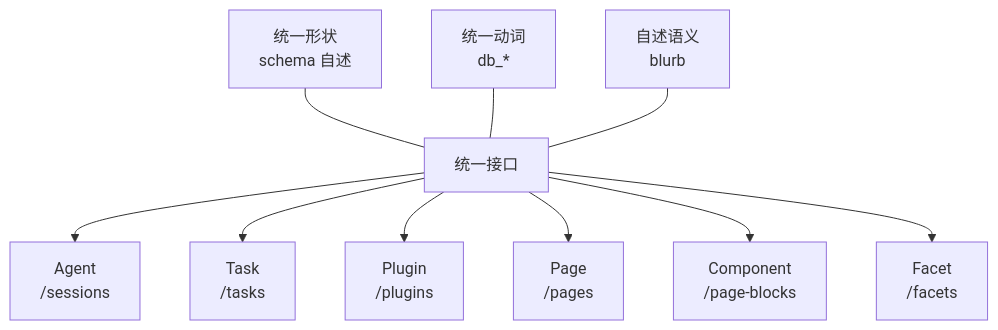
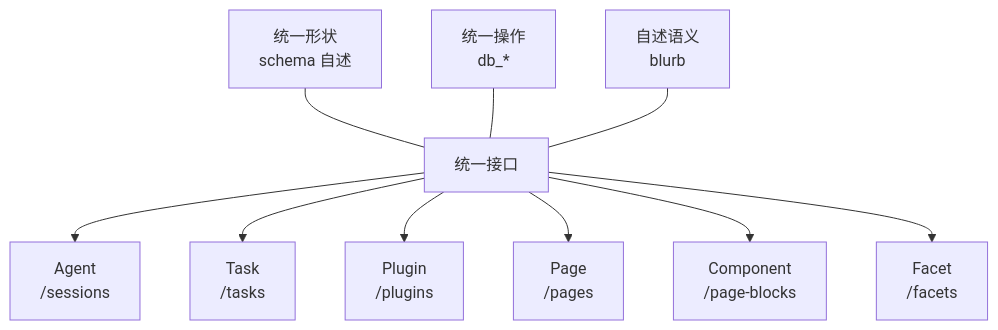
One commit to helloooooooooooooo97/biu changed the first of 2 diagrams in README.zh-CN.md. Above: the diagram before and after it, drawn with Mermaid. The commit also changed other lines of this file and 1 other file, not shown here.

````diff
--- a/README.zh-CN.md
+++ b/README.zh-CN.md
@@ -197,16 +197,16 @@
 ```mermaid
 flowchart TB
   API["统一接口"]
   Shape["统一形状<br/>schema 自述"]
-  Verb["统一动词<br/>db_*"]
+  Verb["统一操作<br/>db_*"]
   Say["自述语义<br/>blurb"]
   Shape --- API
   Verb --- API
   Say --- API
   API --> A["Agent<br/>/sessions"]
   API --> T["Task<br/>/tasks"]
   API --> L["Plugin<br/>/plugins"]
   API --> P["Page<br/>/pages"]
   API --> C["Component<br/>/page-blocks"]
   API --> F["Facet<br/>/facets"]
 ```
````
